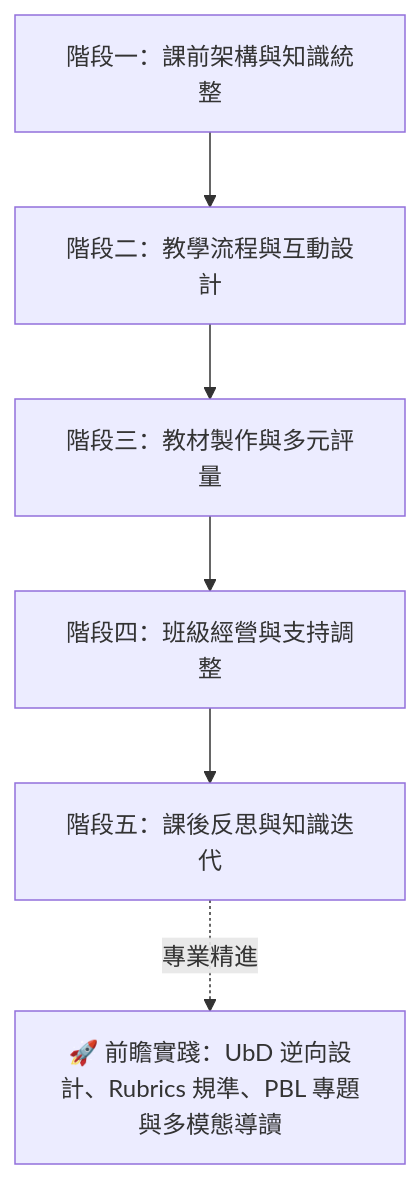
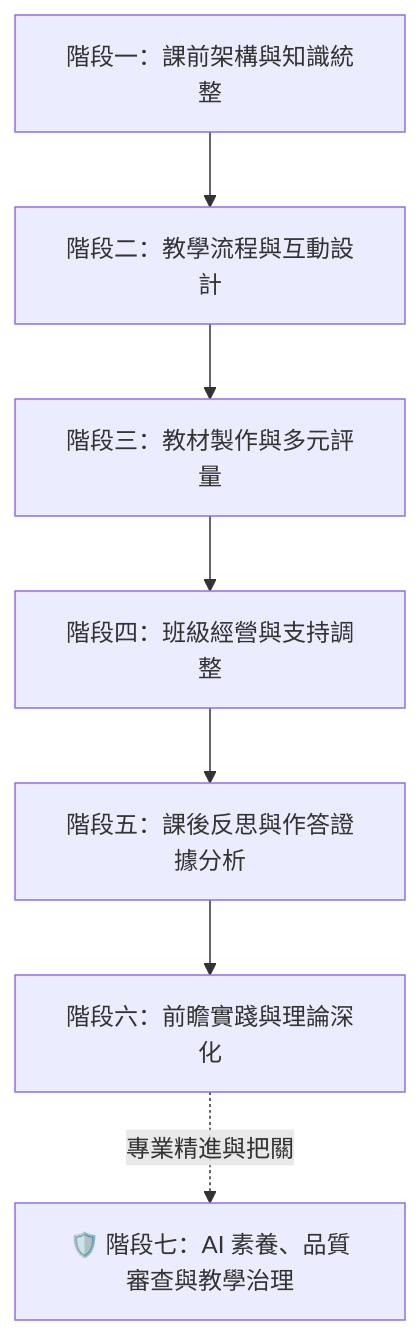
The diagram in 素養導向AI備課實戰指南.md (puti001/puti-ai-lesson-prep), drawn with Mermaid before and after one commit. The commit also changed other lines of this file and 1 other file, not shown here.

````diff
--- a/素養導向AI備課實戰指南.md
+++ b/素養導向AI備課實戰指南.md
@@ -13,8 +13,9 @@
 ```mermaid
 graph TD
     A[階段一：課前架構與知識統整] --> B[階段二：教學流程與互動設計]
     B --> C[階段三：教材製作與多元評量]
     C --> D[階段四：班級經營與支持調整]
-    D --> E[階段五：課後反思與知識迭代]
-    E -.->|專業精進| F[🚀 前瞻實踐：UbD 逆向設計、Rubrics 規準、PBL 專題與多模態導讀]
+    D --> E[階段五：課後反思與作答證據分析]
+    E --> F[階段六：前瞻實踐與理論深化]
+    F -.->|專業精進與把關| G[🛡️ 階段七：AI 素養、品質審查與教學治理]
 ```
````
